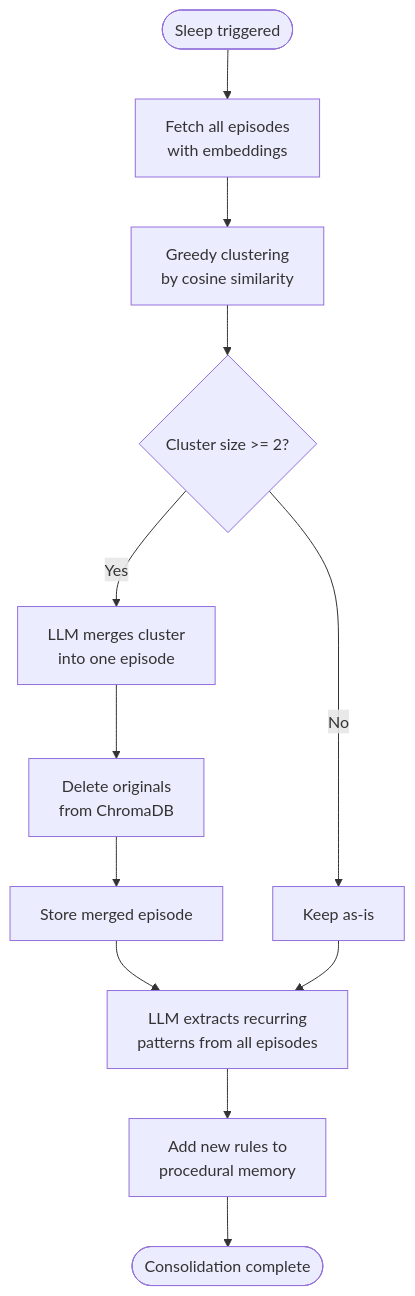
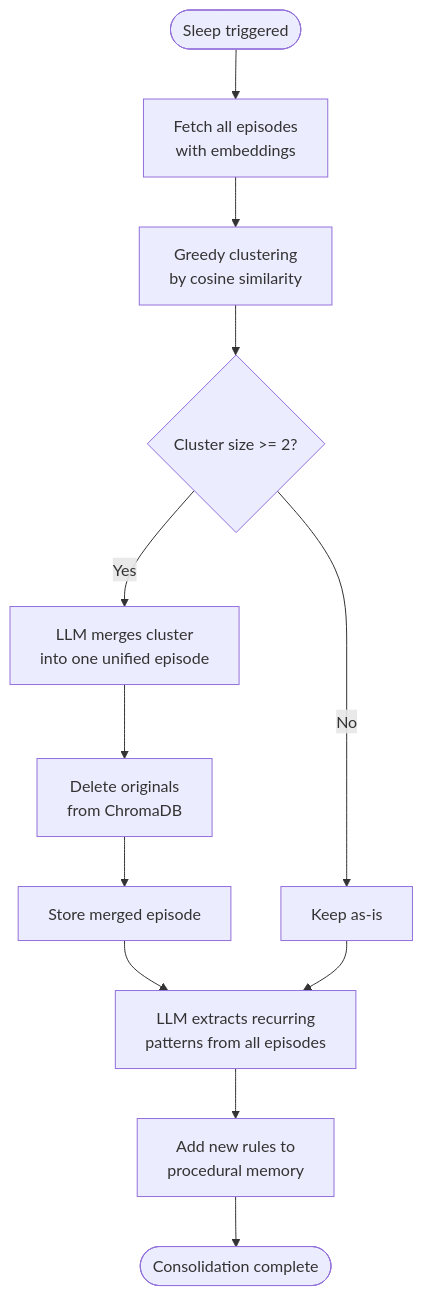
One commit to apattichis/cognitive-memory-agent changed the third of 4 diagrams in ARCHITECTURE.md. Above: the diagram before and after it, drawn with Mermaid. The commit also changed other lines of this file and 1 other file, not shown here.

First line of the commit message:
docs: fix architecture diagrams and add flow chart to README

````diff
--- a/ARCHITECTURE.md
+++ b/ARCHITECTURE.md
@@ -60,17 +64,17 @@
 ```mermaid
 flowchart TD
     START([Sleep triggered]) --> FETCH[Fetch all episodes<br/>with embeddings]
     FETCH --> CLUSTER[Greedy clustering<br/>by cosine similarity]
     CLUSTER --> FILTER{Cluster size >= 2?}
 
-    FILTER -->|Yes| MERGE[LLM merges cluster<br/>into one episode]
+    FILTER -->|Yes| MERGE[LLM merges cluster<br/>into one unified episode]
     MERGE --> DELETE[Delete originals<br/>from ChromaDB]
     DELETE --> STORE[Store merged episode]
 
-    FILTER -->|No| KEEP[Keep as-is]
+    FILTER -->|No| SKIP[Keep as-is]
 
-    STORE --> PROMOTE[LLM extracts recurring<br/>patterns from all episodes]
-    KEEP --> PROMOTE
+    STORE --> PROMOTE
+    SKIP --> PROMOTE[LLM extracts recurring<br/>patterns from all episodes]
     PROMOTE --> RULES[Add new rules to<br/>procedural memory]
     RULES --> DONE([Consolidation complete])
 ```
````
